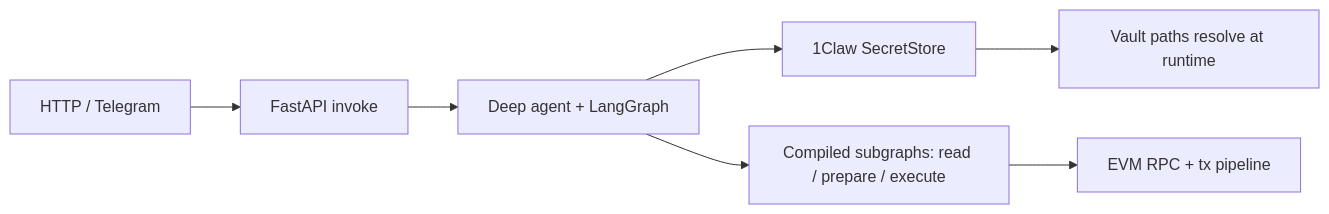
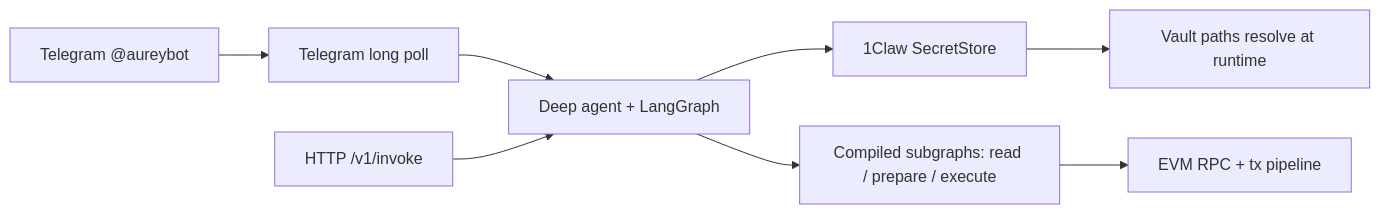
Before and after one commit to agentic-pantheon/hosted-aurey: the diagram in README.md, drawn with Mermaid. The commit also changed other lines of this file, not shown here.

First line of the commit message:
docs: position README as Telegram agent and highlight @aureybot

````diff
--- a/README.md
+++ b/README.md
@@ -120,9 +101,10 @@
 ```mermaid
 flowchart LR
-  Client[HTTP / Telegram] --> API[FastAPI invoke]
-  API --> Agent[Deep agent + LangGraph]
+  TG[Telegram @aureybot] --> Bot[Telegram long poll]
+  Bot --> Agent[Deep agent + LangGraph]
+  HTTP[HTTP /v1/invoke] --> Agent
   Agent --> Custody[1Claw SecretStore]
   Custody --> Keys[Vault paths resolve at runtime]
   Agent --> Graphs[Compiled subgraphs: read / prepare / execute]
   Graphs --> EVM[EVM RPC + tx pipeline]
 ```
````
